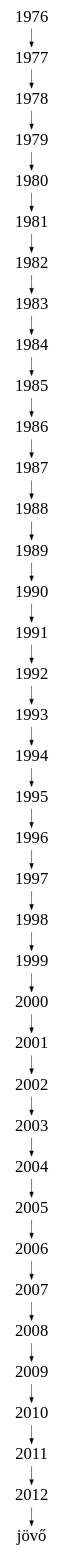
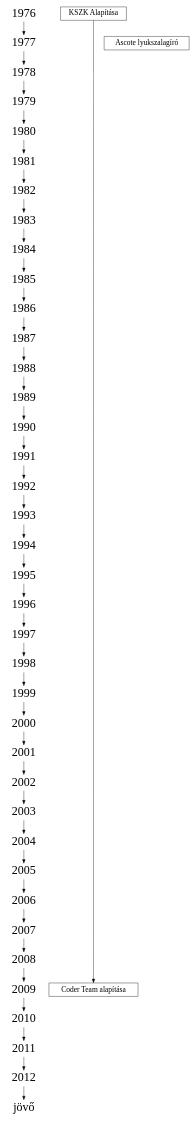
The diagram in timeline.dot (Cangooroo/KSZK), drawn with Graphviz before and after one commit.

Commit message:
Kb. skeleton

```diff
--- a/timeline.dot
+++ b/timeline.dot
@@ -1,18 +1,139 @@
 digraph timeline {
+
+	size = "5,40"
 
 	// Évek
 	node [
 		fontsize = 32,
 		shape = plaintext
 	];
 	1976 -> 1977 -> 1978 -> 1979 -> 1980 -> 1981;
 	1981 -> 1982 -> 1983 -> 1984 -> 1985 -> 1986;
 	1986 -> 1987 -> 1988 -> 1989 -> 1990 -> 1991;
 	1991 -> 1992 -> 1993 -> 1994 -> 1995 -> 1996;
 	1996 -> 1997 -> 1998 -> 1999 -> 2000 -> 2001;
 	2001 -> 2002 -> 2003 -> 2004 -> 2005 -> 2006;
 	2006 -> 2007 -> 2008 -> 2009 -> 2010 -> 2011;
 	2011 -> 2012 -> jövő;
 
+	// Események
+	node [
+		fontsize = 20,
+		shape = box
+	];
 	// Események, évek szerint
+	{ rank=same; 1976
+		KSZKAlapitas [ label = "KSZK Alapítása" ]
+	}
+	{ rank=same; 1977
+		Ascote [ label = "Ascote lyukszalagíró" ]
+	}
+	{ rank=same; 1978
+		//...
+	}
+	{ rank=same; 1979
+		//...
+	}
+	{ rank=same; 1980
+		//...
+	}
+	{ rank=same; 1981
+		//...
+	}
+	{ rank=same; 1982
+		//...
+	}
+	{ rank=same; 1983
+		//...
+	}
+	{ rank=same; 1984
+		//...
+	}
+	{ rank=same; 1985
+		//...
+	}
+	{ rank=same; 1986
+		//...
+	}
+	{ rank=same; 1987
+		//...
+	}
+	{ rank=same; 1988
+		//...
+	}
+	{ rank=same; 1989
+		//...
+	}
+	{ rank=same; 1990
+		//...
+	}
+	{ rank=same; 1991
+		//...
+	}
+	{ rank=same; 1992
+		//...
+	}
+	{ rank=same; 1993
+		//...
+	}
+	{ rank=same; 1994
+		//...
+	}
+	{ rank=same; 1995
+		//...
+	}
+	{ rank=same; 1996
+		//...
+	}
+	{ rank=same; 1997
+		//...
+	}
+	{ rank=same; 1998
+		//...
+	}
+	{ rank=same; 1999
+		//...
+	}
+	{ rank=same; 2000
+		//...
+	}
+	{ rank=same; 2001
+		//...
+	}
+	{ rank=same; 2002
+		//...
+	}
+	{ rank=same; 2003
+		//...
+	}
+	{ rank=same; 2004
+		//...
+	}
+	{ rank=same; 2005
+		//...
+	}
+	{ rank=same; 2006
+		//...
+	}
+	{ rank=same; 2007
+		//...
+	}
+	{ rank=same; 2008
+		//...
+	}
+	{ rank=same; 2009
+		CoderTeam [ label = "Coder Team alapítása" ]
+	}
+	{ rank=same; 2010
+		//...
+	}
+	{ rank=same; 2011
+		//...
+	}
+	{ rank=same; 2012
+		//...
+	}
+	
+	// Csoport összekötések
+	KSZKAlapitas -> CoderTeam;
 }
```
